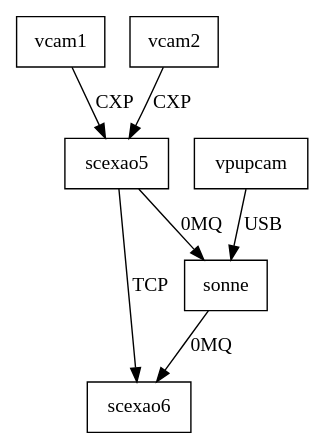
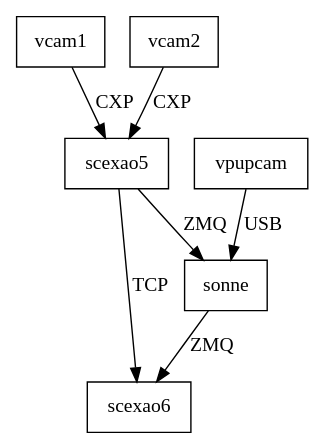
Before and after one commit to scexao-org/vampires_control: the diagram in docs/operating/data.md, drawn with Graphviz. The commit also changed other lines of this file and 29 other files, not shown here.

````diff
--- a/docs/operating/data.md
+++ b/docs/operating/data.md
@@ -7,11 +7,11 @@
 ```{graphviz}
 digraph {
     node [shape=box]
     "vcam1" -> "scexao5" [label="CXP"];
     "vcam2" -> "scexao5" [label="CXP"];
     "vpupcam" -> "sonne" [label="USB"];
-    "sonne" -> "scexao6" [label="0MQ"];
+    "sonne" -> "scexao6" [label="ZMQ"];
     "scexao5" -> "scexao6" [label="TCP"];
-    "scexao5" -> "sonne" [label="0MQ"];
+    "scexao5" -> "sonne" [label="ZMQ"];
 }
 ```
````
